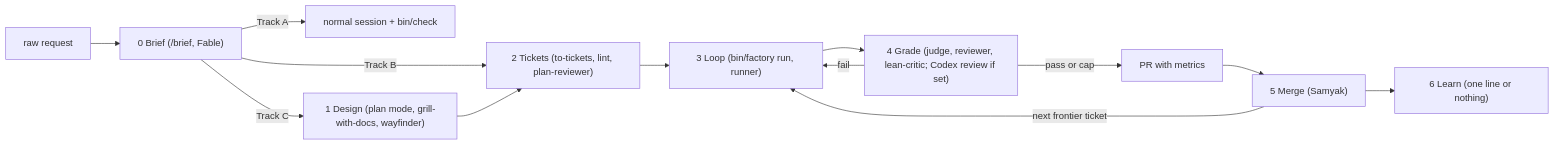
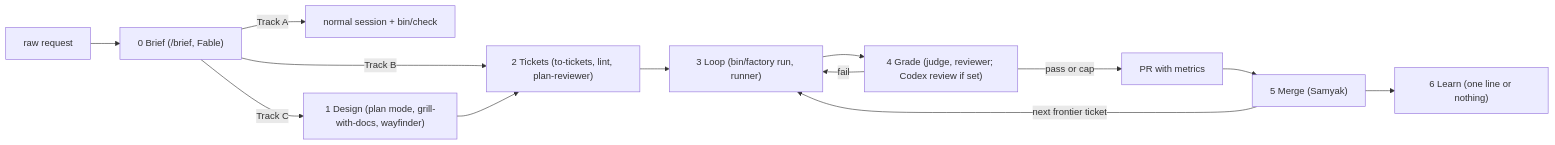
One commit to SamyakJhaveri/loam changed the diagram in docs/factory/ARCHITECTURE.md. Above: the diagram before and after it, drawn with Mermaid. The commit also changed other lines of this file and 1 other file, not shown here.

First line of the commit message:
docs(factory): lean-critic out of the round loop; usage-limit wait and no-result exit; grader and worker prefix flags

````diff
--- a/docs/factory/ARCHITECTURE.md
+++ b/docs/factory/ARCHITECTURE.md
@@ -21,15 +21,15 @@
 ```mermaid
 flowchart LR
   R[raw request] --> B["0 Brief (/brief, Fable)"]
   B -->|Track A| S[normal session + bin/check]
   B -->|Track B| T2
   B -->|Track C| D["1 Design (plan mode, grill-with-docs, wayfinder)"]
   D --> T2["2 Tickets (to-tickets, lint, plan-reviewer)"]
   T2 --> L["3 Loop (bin/factory run, runner)"]
-  L --> G["4 Grade (judge, reviewer, lean-critic; Codex review if set)"]
+  L --> G["4 Grade (judge, reviewer; Codex review if set)"]
   G -->|fail| L
   G -->|pass or cap| PR[PR with metrics]
   PR --> M["5 Merge (Samyak)"]
   M --> LE["6 Learn (one line or nothing)"]
   M -->|next frontier ticket| L
 ```
````
